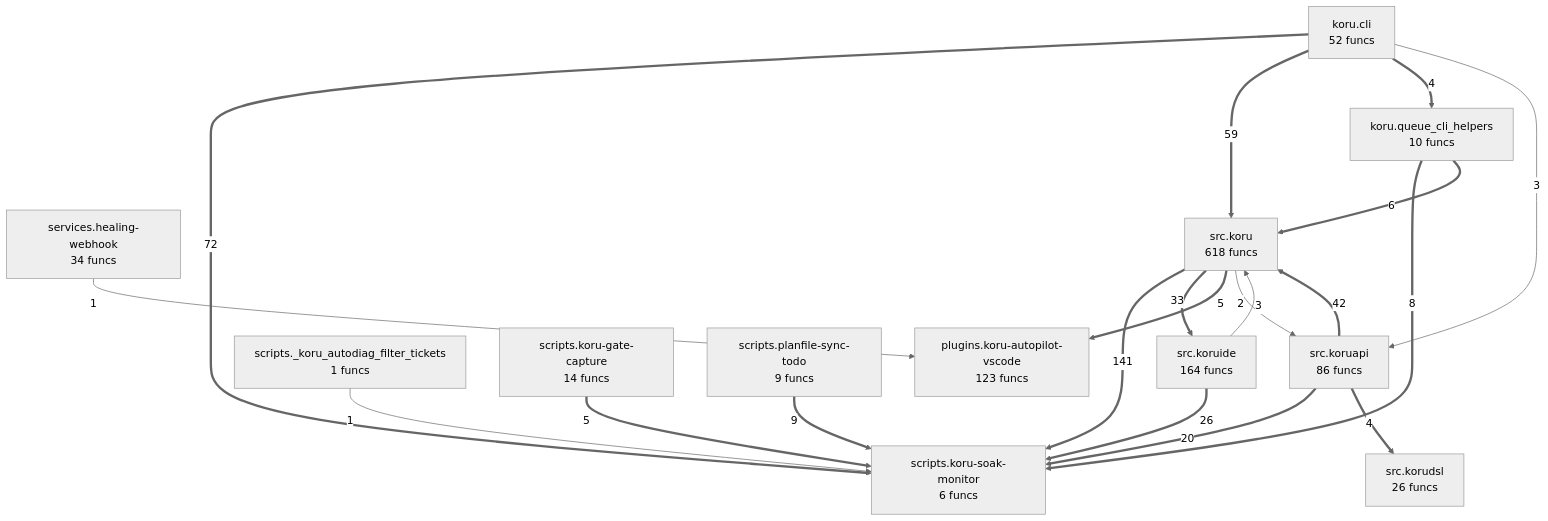
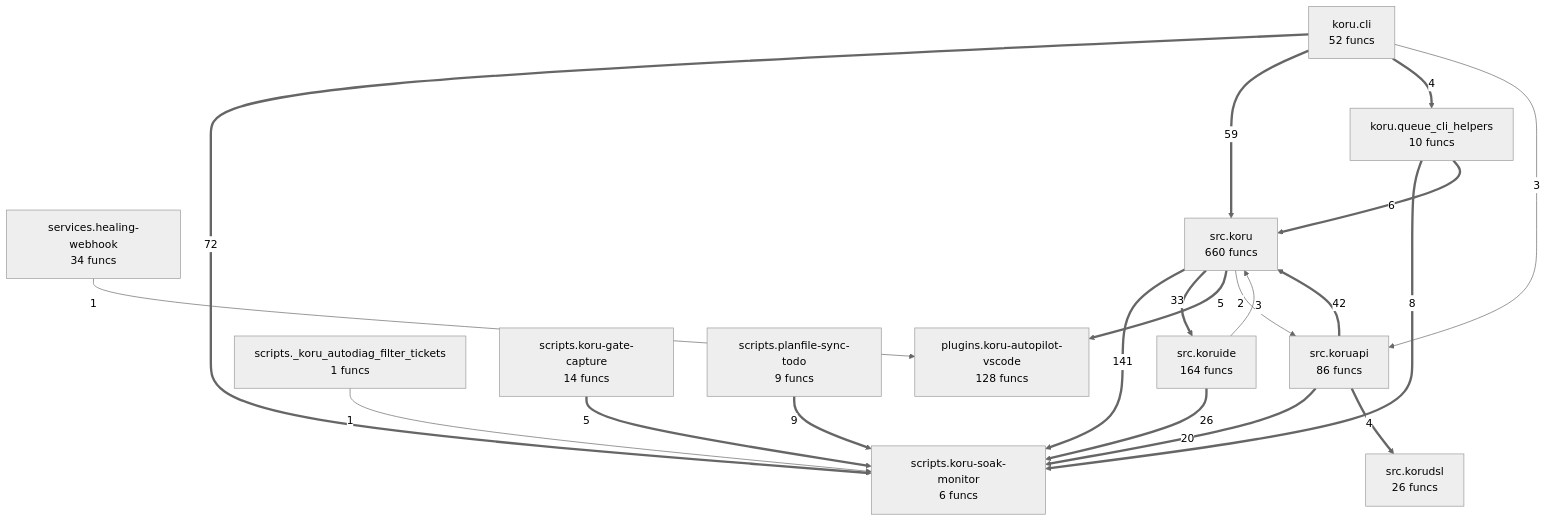
One commit to semcod/koru changed the diagram in project/compact_flow.mmd. Above: the diagram before and after it, drawn with Mermaid (neutral theme). The commit also changed 27 other files, not shown here.

```diff
--- a/project/compact_flow.mmd
+++ b/project/compact_flow.mmd
@@ -1,33 +1,33 @@
 flowchart TD
 %% generated in 0.03s
     koru__cli["koru.cli<br/>52 funcs"]
     koru__queue_cli_helpers["koru.queue_cli_helpers<br/>10 funcs"]
-    plugins__koru_autopilot_vscode["plugins.koru-autopilot-vscode<br/>123 funcs"]
+    plugins__koru_autopilot_vscode["plugins.koru-autopilot-vscode<br/>128 funcs"]
     scripts___koru_autodiag_filter_tickets["scripts._koru_autodiag_filter_tickets<br/>1 funcs"]
     scripts__koru_gate_capture["scripts.koru-gate-capture<br/>14 funcs"]
     scripts__koru_soak_monitor["scripts.koru-soak-monitor<br/>6 funcs"]
     scripts__planfile_sync_todo["scripts.planfile-sync-todo<br/>9 funcs"]
     services__healing_webhook["services.healing-webhook<br/>34 funcs"]
-    src__koru["src.koru<br/>618 funcs"]
+    src__koru["src.koru<br/>660 funcs"]
     src__koruapi["src.koruapi<br/>86 funcs"]
     src__korudsl["src.korudsl<br/>26 funcs"]
     src__koruide["src.koruide<br/>164 funcs"]
     src__koru ==>|141| scripts__koru_soak_monitor
     koru__cli ==>|72| scripts__koru_soak_monitor
     koru__cli ==>|59| src__koru
     src__koruapi ==>|42| src__koru
     src__koru ==>|33| src__koruide
     src__koruide ==>|26| scripts__koru_soak_monitor
     src__koruapi ==>|20| scripts__koru_soak_monitor
     scripts__planfile_sync_todo ==>|9| scripts__koru_soak_monitor
     koru__queue_cli_helpers ==>|8| scripts__koru_soak_monitor
     koru__queue_cli_helpers ==>|6| src__koru
     src__koru ==>|5| plugins__koru_autopilot_vscode
     scripts__koru_gate_capture ==>|5| scripts__koru_soak_monitor
     src__koruapi ==>|4| src__korudsl
     koru__cli ==>|4| koru__queue_cli_helpers
     src__koruide -->|3| src__koru
     koru__cli -->|3| src__koruapi
     src__koru -->|2| src__koruapi
     services__healing_webhook -->|1| plugins__koru_autopilot_vscode
     scripts___koru_autodiag_filter_tickets -->|1| scripts__koru_soak_monitor
```
